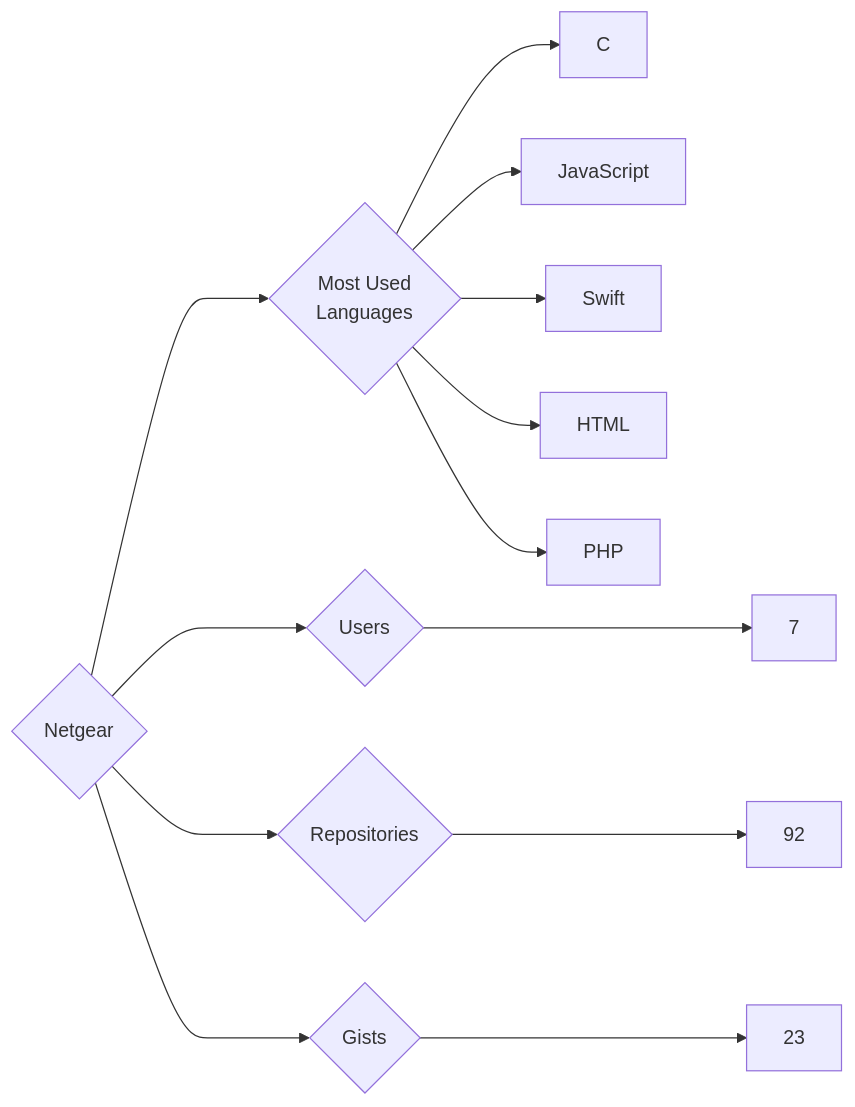
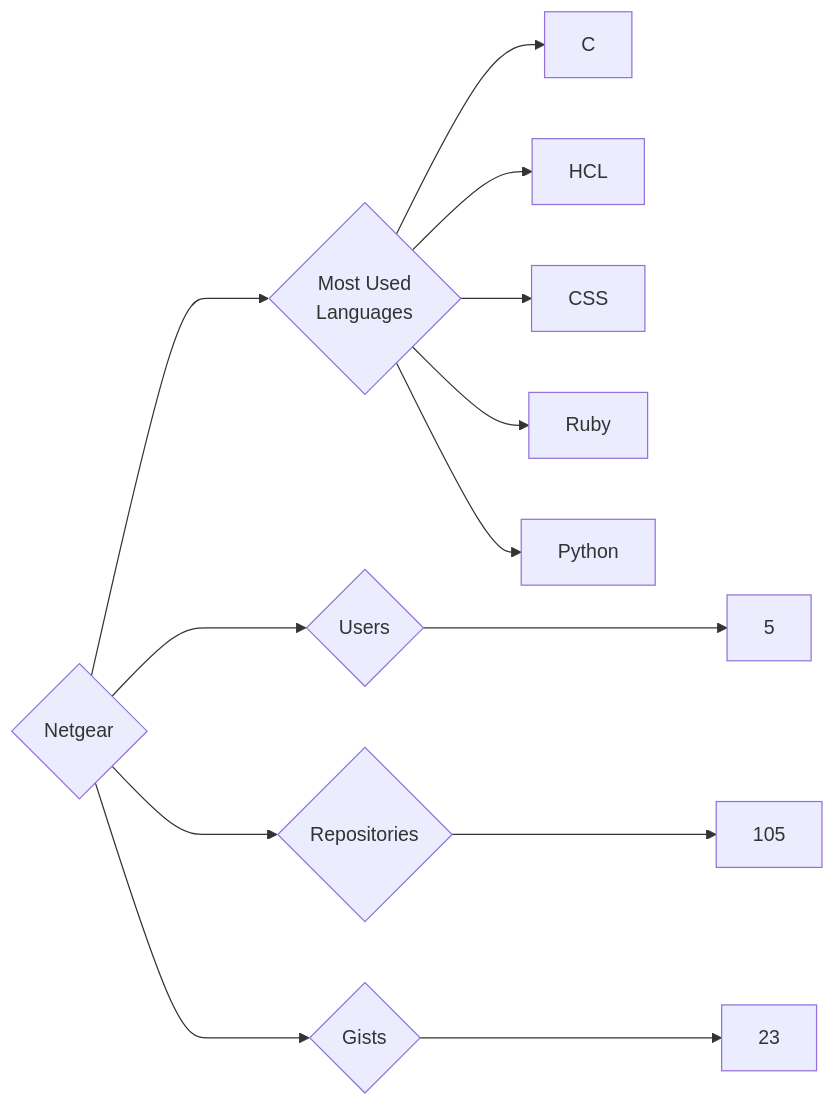
Before and after one commit to trickest/insiders: the diagram in targets/Netgear/README.md, drawn with Mermaid. The commit also changed 1248 other files, not shown here.

````diff
--- a/targets/Netgear/README.md
+++ b/targets/Netgear/README.md
@@ -3,13 +3,13 @@
 ```mermaid
 graph LR
 COMPANY_NAME{Netgear}
-COMPANY_NAME ---> U{Users} ---> UN[7]
-COMPANY_NAME ---> R{Repositories} ---> RN[92]
+COMPANY_NAME ---> U{Users} ---> UN[5]
+COMPANY_NAME ---> R{Repositories} ---> RN[105]
 COMPANY_NAME ---> G{Gists} ---> GN[23]
 COMPANY_NAME ---> ML{Most Used<br>Languages}
 ML --> C[C]
-ML --> JavaScript[JavaScript]
-ML --> Swift[Swift]
-ML --> HTML[HTML]
-ML --> PHP[PHP]
+ML --> HCL[HCL]
+ML --> CSS[CSS]
+ML --> Ruby[Ruby]
+ML --> Python[Python]
 ```
````
